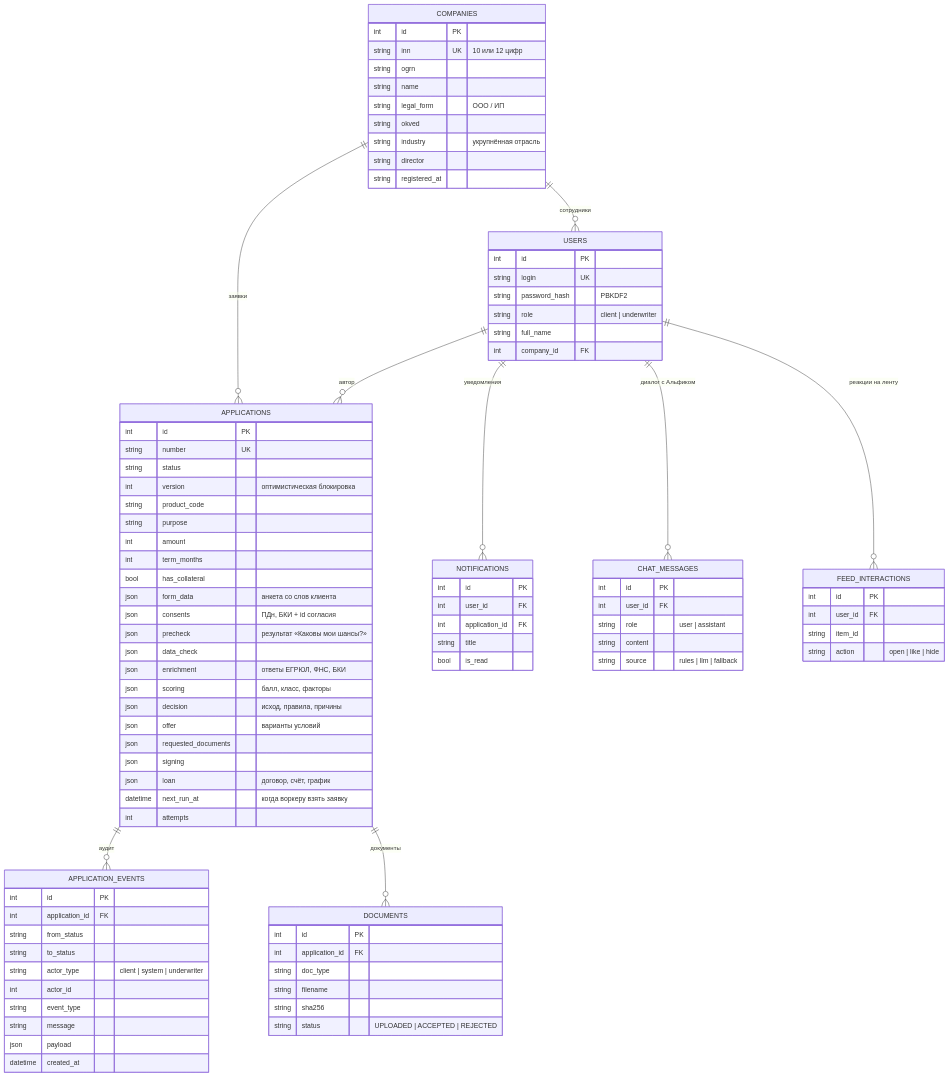
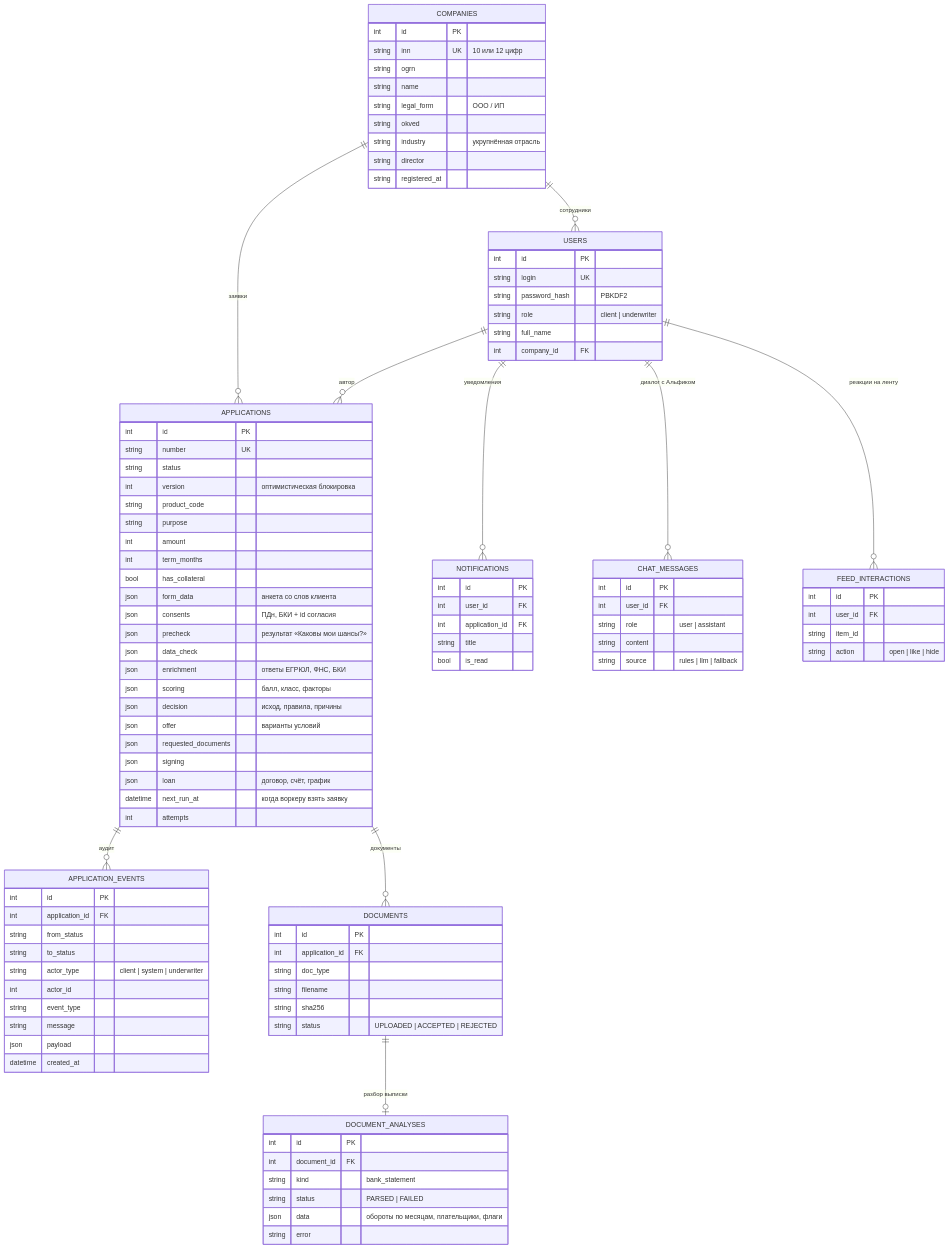
Before and after one commit to zefff12/alfa_hakaton: the diagram in docs/data-model.md, drawn with Mermaid. The commit also changed other lines of this file and 61 other files, not shown here.

```diff
--- a/docs/data-model.md
+++ b/docs/data-model.md
@@ -9,6 +9,7 @@
     USERS ||--o{ APPLICATIONS : "автор"
     APPLICATIONS ||--o{ APPLICATION_EVENTS : "аудит"
     APPLICATIONS ||--o{ DOCUMENTS : "документы"
+    DOCUMENTS ||--o| DOCUMENT_ANALYSES : "разбор выписки"
     USERS ||--o{ NOTIFICATIONS : "уведомления"
     USERS ||--o{ CHAT_MESSAGES : "диалог с Альфиком"
     USERS ||--o{ FEED_INTERACTIONS : "реакции на ленту"
@@ -76,6 +77,14 @@
         string sha256
         string status "UPLOADED | ACCEPTED | REJECTED"
     }
+    DOCUMENT_ANALYSES {
+        int id PK
+        int document_id FK
+        string kind "bank_statement"
+        string status "PARSED | FAILED"
+        json data "обороты по месяцам, плательщики, флаги"
+        string error
+    }
     NOTIFICATIONS {
         int id PK
         int user_id FK
```
